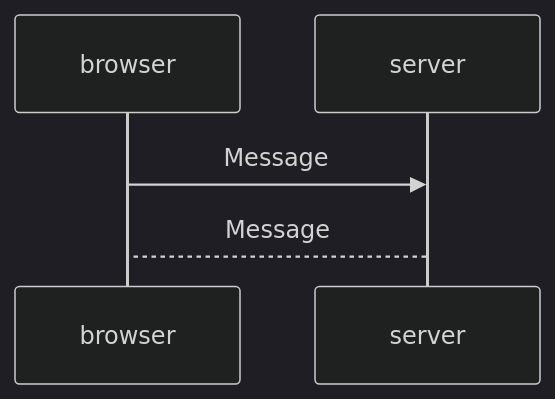
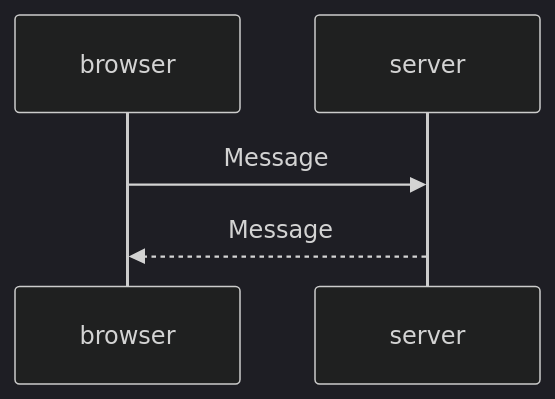
Before and after one commit to Sprachenmeister/Full_Stack_Open: the diagram in part0/singlePageAppDiagram.md, drawn with Mermaid (dark theme).

Commit message:
file update

````diff
--- a/part0/singlePageAppDiagram.md
+++ b/part0/singlePageAppDiagram.md
@@ -3,6 +3,6 @@
 ```mermaid
 sequenceDiagram
 
     browser->>server: Message
-    server-->browser: Message
+    server-->>browser: Message
 ```
````
